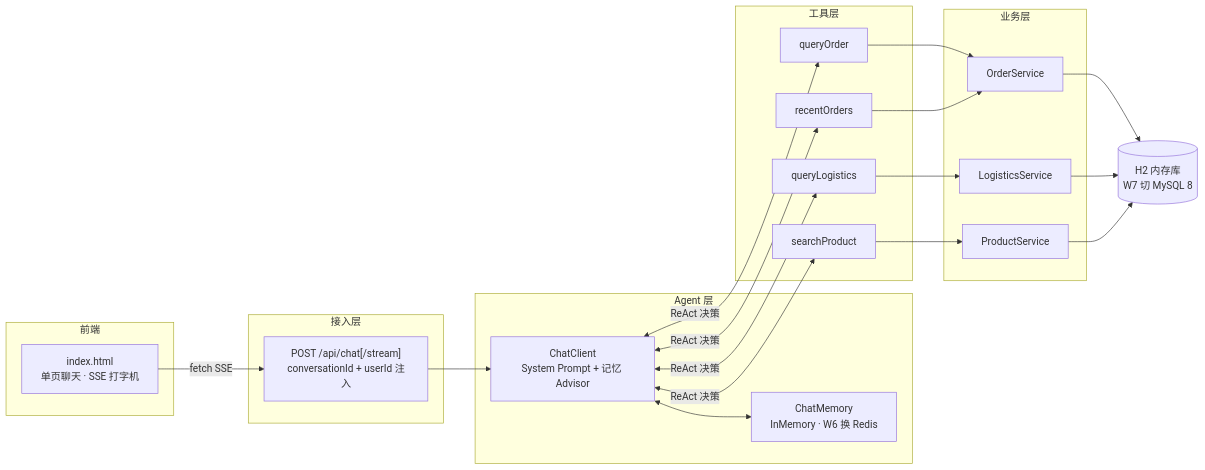
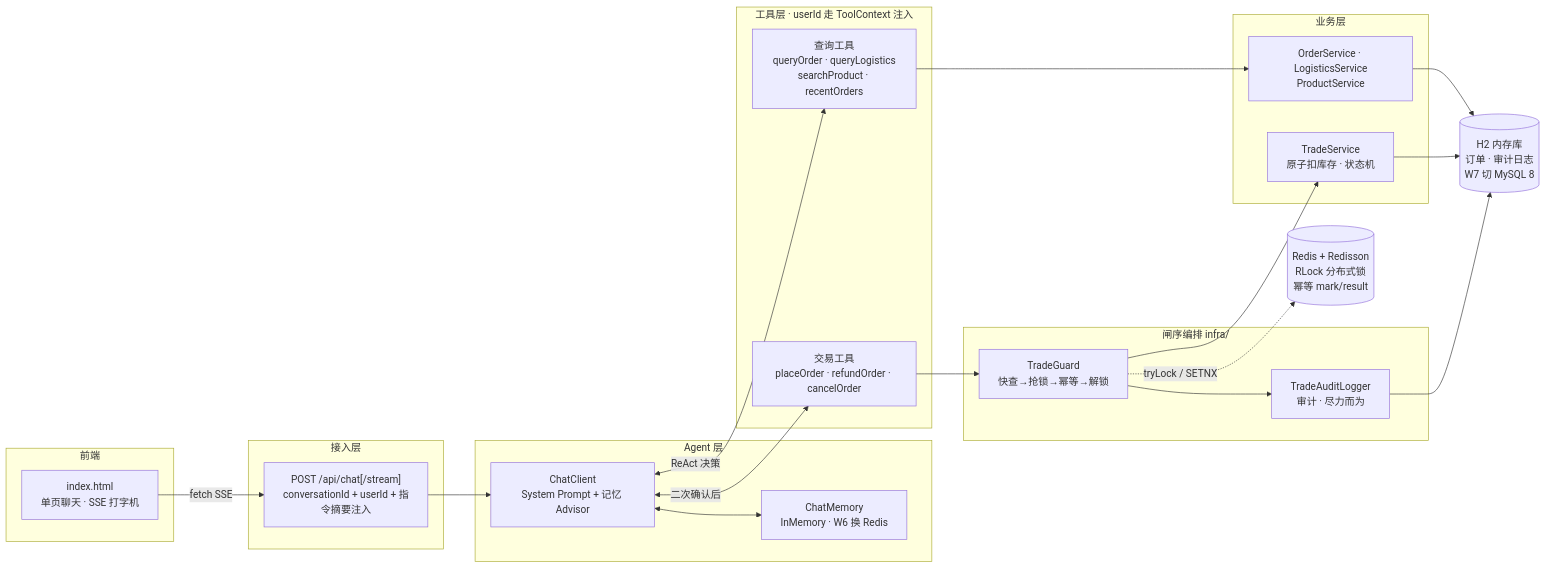
The first of 2 diagrams in README.md (zh-hanlabs/Alpha_Shop), drawn with Mermaid before and after one commit. The commit also changed other lines of this file, not shown here.

Commit message:
W4D5: buffer 收尾——README 架构图刷新（查询/交易工具分组 + TradeGuard 闸序编排 + Redis 幂等锁层 + 审计）+ 分层铁律更新 + 踩坑实录补混沌两条（BigDecimal scale/PS5 乱码）+ commit 校对 W3D0→W4D4 全合规 + 单测 59/59

````diff
--- a/README.md
+++ b/README.md
@@ -7,32 +7,36 @@
 ```mermaid
 flowchart LR
-    subgraph 前端
+    subgraph FE["前端"]
         UI[index.html<br/>单页聊天 · SSE 打字机]
     end
-    subgraph 接入层
-        API["POST /api/chat[/stream]<br/>conversationId + userId 注入"]
+    subgraph GATE["接入层"]
+        API["POST /api/chat[/stream]<br/>conversationId + userId + 指令摘要注入"]
     end
-    subgraph Agent 层
+    subgraph AGENT["Agent 层"]
         CC[ChatClient<br/>System Prompt + 记忆 Advisor]
         MEM[ChatMemory<br/>InMemory · W6 换 Redis]
     end
-    subgraph 工具层
-        OT[queryOrder]
-        LT[queryLogistics]
-        PT[searchProduct]
-        RT[recentOrders]
+    subgraph TOOLS["工具层 · userId 走 ToolContext 注入"]
+        QT["查询工具<br/>queryOrder · queryLogistics<br/>searchProduct · recentOrders"]
+        TT["交易工具<br/>placeOrder · refundOrder · cancelOrder"]
     end
-    subgraph 业务层
-        OS[OrderService]
-        LS[LogisticsService]
-        PS[ProductService]
+    subgraph GUARD["闸序编排 infra/"]
+        TG["TradeGuard<br/>快查→抢锁→幂等→解锁"]
+        AUD["TradeAuditLogger<br/>审计 · 尽力而为"]
     end
-    DB[(H2 内存库<br/>W7 切 MySQL 8)]
+    subgraph SVC["业务层"]
+        QS["OrderService · LogisticsService<br/>ProductService"]
+        TS["TradeService<br/>原子扣库存 · 状态机"]
+    end
+    H2[("H2 内存库<br/>订单 · 审计日志<br/>W7 切 MySQL 8")]
+    RED[("Redis + Redisson<br/>RLock 分布式锁<br/>幂等 mark/result")]
 
-    UI -->|fetch SSE| API --> CC
-    CC <-->|ReAct 决策| OT & LT & PT & RT
+    UI -->|"fetch SSE"| API --> CC
+    CC <-->|"ReAct 决策"| QT
+    CC <-->|"二次确认后"| TT
     CC <--> MEM
-    OT & RT --> OS --> DB
-    LT --> LS --> DB
-    PT --> PS --> DB
+    QT --> QS --> H2
+    TT --> TG --> TS --> H2
+    TG -.->|"tryLock / SETNX"| RED
+    TG --> AUD --> H2
 ```
````
